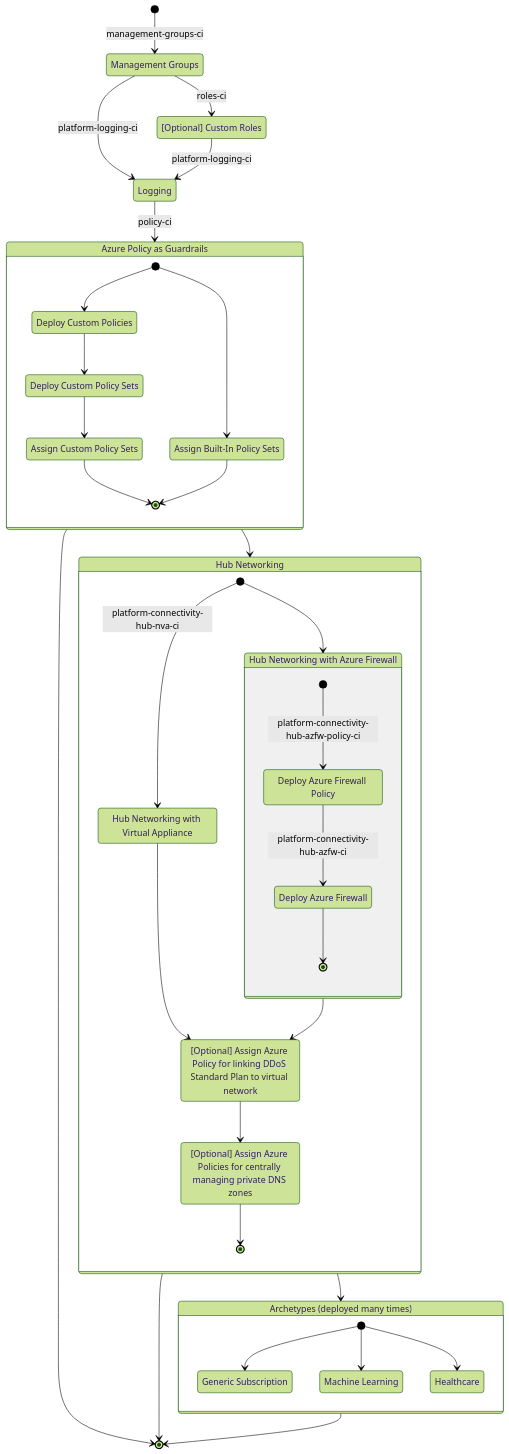
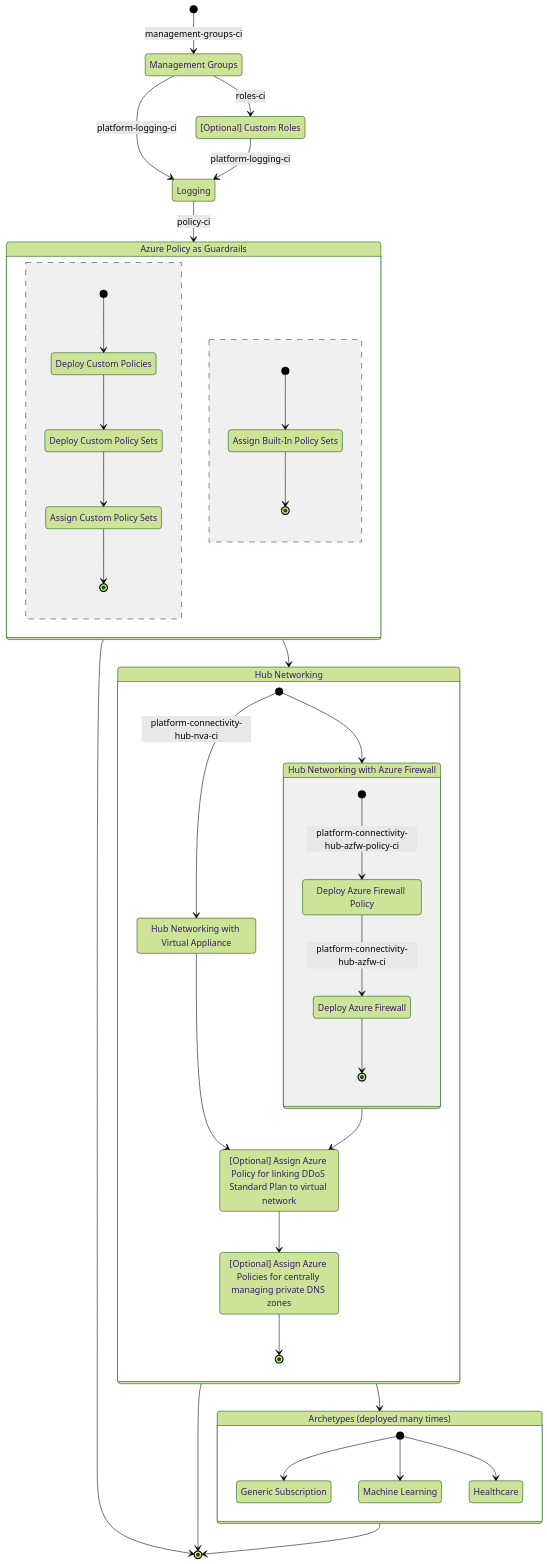
One commit to Azure/CanadaPubSecALZ changed the diagram in docs/onboarding/azure-devops-pipelines.md. Above: the diagram before and after it, drawn with Mermaid (forest theme).

Commit message:
Add concurrency for policy deployment

````diff
--- a/docs/onboarding/azure-devops-pipelines.md
+++ b/docs/onboarding/azure-devops-pipelines.md
@@ -52,74 +52,74 @@
 ```mermaid
   stateDiagram-v2
     ManagementGroups: Management Groups
     CustomRoles: [Optional] Custom Roles
     Logging: Logging
 
     Policy: Azure Policy as Guardrails
     DeployCustomPolicies: Deploy Custom Policies
     DeployCustomPolicySets: Deploy Custom Policy Sets
     AssignCustomPolicySets: Assign Custom Policy Sets
     AssignBuiltInPolicySets:  Assign Built-In Policy Sets
 
     HubNetworking: Hub Networking
     DeployWithNetworkVirtualAppliance:  Hub Networking with Virtual Appliance
     DeployWithAzureFirewall: Hub Networking with Azure Firewall
     DeployAzureFirewallPolicy: Deploy Azure Firewall Policy
     DeployAzureFirewall: Deploy Azure Firewall
     AssignDDOSPolicy: [Optional] Assign Azure Policy for linking DDoS Standard Plan to virtual network
     AssignPrivateDNSZonesPolicy: [Optional] Assign Azure Policies for centrally managing private DNS zones
 
     Archetypes: Archetypes (deployed many times)
     DeployGenericSubscriptionArchetype: Generic Subscription
     DeployMachineLearningArchetype: Machine Learning
     DeployHealthcareArchetype: Healthcare
     
     [*] --> ManagementGroups: management-groups-ci
     ManagementGroups --> CustomRoles: roles-ci
     ManagementGroups-->Logging: platform-logging-ci
     CustomRoles --> Logging: platform-logging-ci
     Logging --> Policy: policy-ci
 
     state Policy {
         [*] --> DeployCustomPolicies
         DeployCustomPolicies --> DeployCustomPolicySets
         DeployCustomPolicySets --> AssignCustomPolicySets
-
+        AssignCustomPolicySets --> [*]
+        --
         [*] --> AssignBuiltInPolicySets
 
-        AssignCustomPolicySets --> [*]
         AssignBuiltInPolicySets --> [*]
     }
 
     Policy --> HubNetworking
 
     state HubNetworking {
         [*] --> DeployWithNetworkVirtualAppliance: platform-connectivity-hub-nva-ci
         [*] --> DeployWithAzureFirewall
 
         state DeployWithAzureFirewall {
             [*] --> DeployAzureFirewallPolicy: platform-connectivity-hub-azfw-policy-ci
             DeployAzureFirewallPolicy --> DeployAzureFirewall: platform-connectivity-hub-azfw-ci
             DeployAzureFirewall --> [*]
         }
 
         DeployWithNetworkVirtualAppliance --> AssignDDOSPolicy
         DeployWithAzureFirewall --> AssignDDOSPolicy
 
         AssignDDOSPolicy --> AssignPrivateDNSZonesPolicy
 
         AssignPrivateDNSZonesPolicy --> [*]
     }
 
     HubNetworking --> Archetypes
 
     state Archetypes {
         [*] --> DeployGenericSubscriptionArchetype
         [*] --> DeployMachineLearningArchetype
         [*] --> DeployHealthcareArchetype 
     }
 
     Policy --> [*]
     HubNetworking --> [*]
     Archetypes --> [*]
 ```
````
